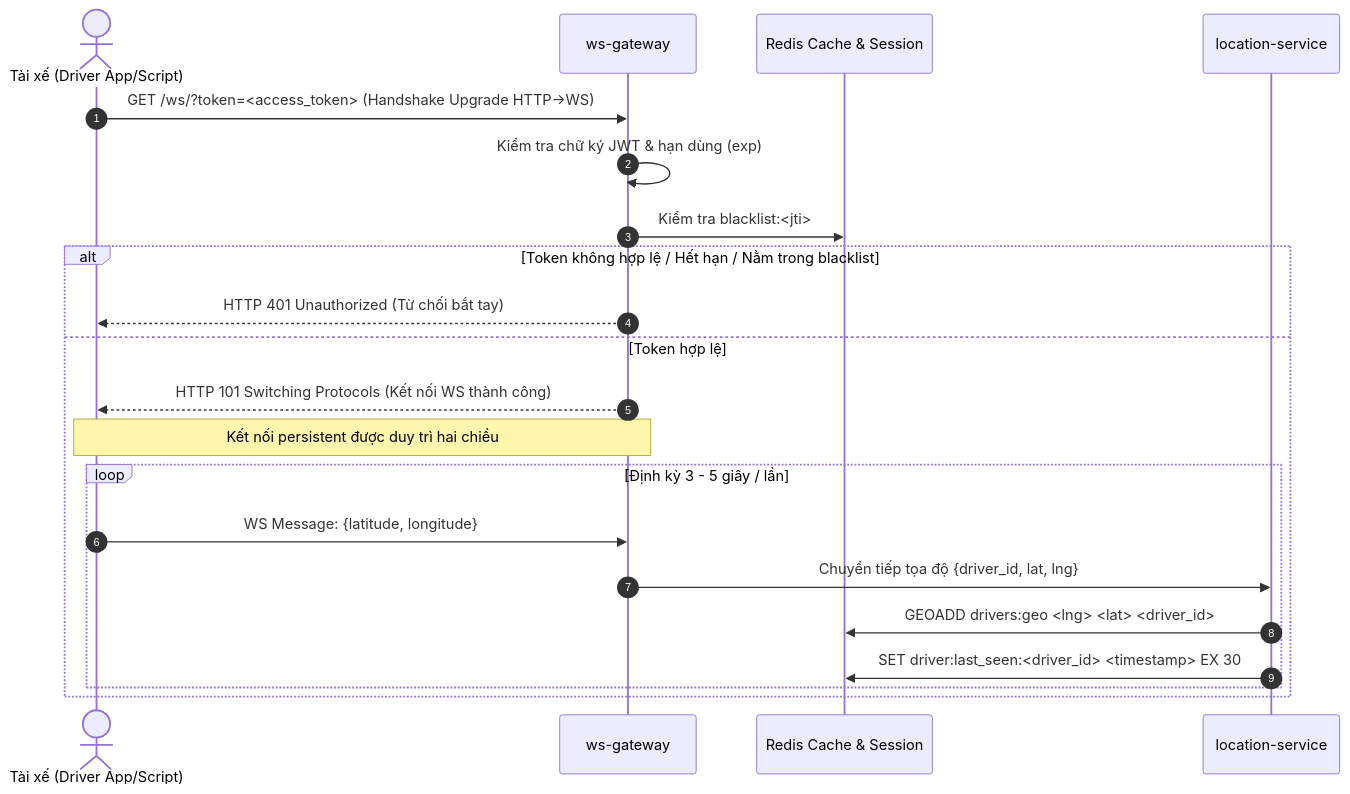
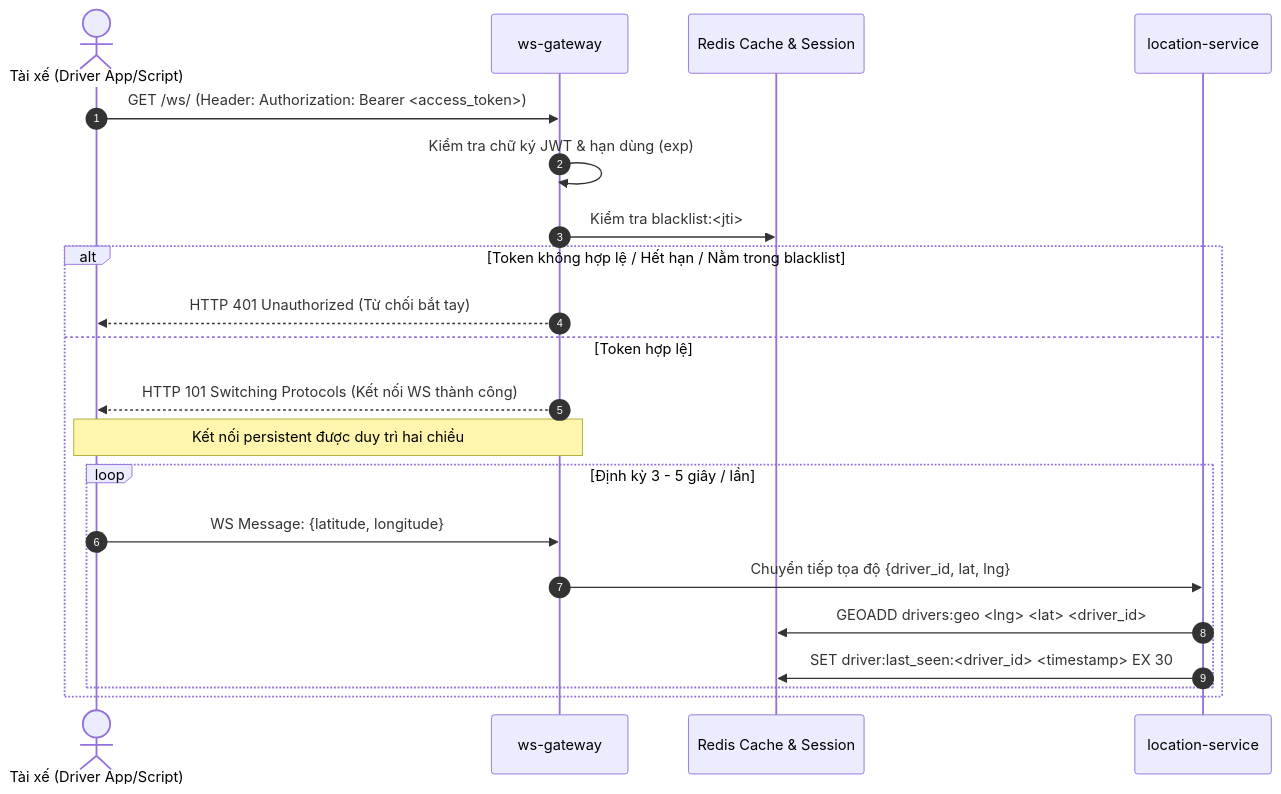
Before and after one commit to HaiTrieu186/JB-IOC-PTHB251125_BE105_Devops_Ride_Hailling: the first of 3 diagrams in docs/02-use-cases/uc-02-dinh-vi.md, drawn with Mermaid. The commit also changed other lines of this file and 1 other file, not shown here.

````diff
--- a/docs/02-use-cases/uc-02-dinh-vi.md
+++ b/docs/02-use-cases/uc-02-dinh-vi.md
@@ -12,24 +13,24 @@
 ```mermaid
 sequenceDiagram
     autonumber
     actor Driver as Tài xế (Driver App/Script)
     participant WSGateway as ws-gateway
     participant Redis as Redis Cache & Session
     participant LocationSvc as location-service
 
-    Driver->>WSGateway: GET /ws/?token=<access_token> (Handshake Upgrade HTTP->WS)
+    Driver->>WSGateway: GET /ws/ (Header: Authorization: Bearer <access_token>)
     WSGateway->>WSGateway: Kiểm tra chữ ký JWT & hạn dùng (exp)
     WSGateway->>Redis: Kiểm tra blacklist:<jti>
     alt Token không hợp lệ / Hết hạn / Nằm trong blacklist
         WSGateway-->>Driver: HTTP 401 Unauthorized (Từ chối bắt tay)
     else Token hợp lệ
         WSGateway-->>Driver: HTTP 101 Switching Protocols (Kết nối WS thành công)
         Note over Driver,WSGateway: Kết nối persistent được duy trì hai chiều
         loop Định kỳ 3 - 5 giây / lần
             Driver->>WSGateway: WS Message: {latitude, longitude}
             WSGateway->>LocationSvc: Chuyển tiếp tọa độ {driver_id, lat, lng}
             LocationSvc->>Redis: GEOADD drivers:geo <lng> <lat> <driver_id>
             LocationSvc->>Redis: SET driver:last_seen:<driver_id> <timestamp> EX 30
         end
     end
 ```
````
